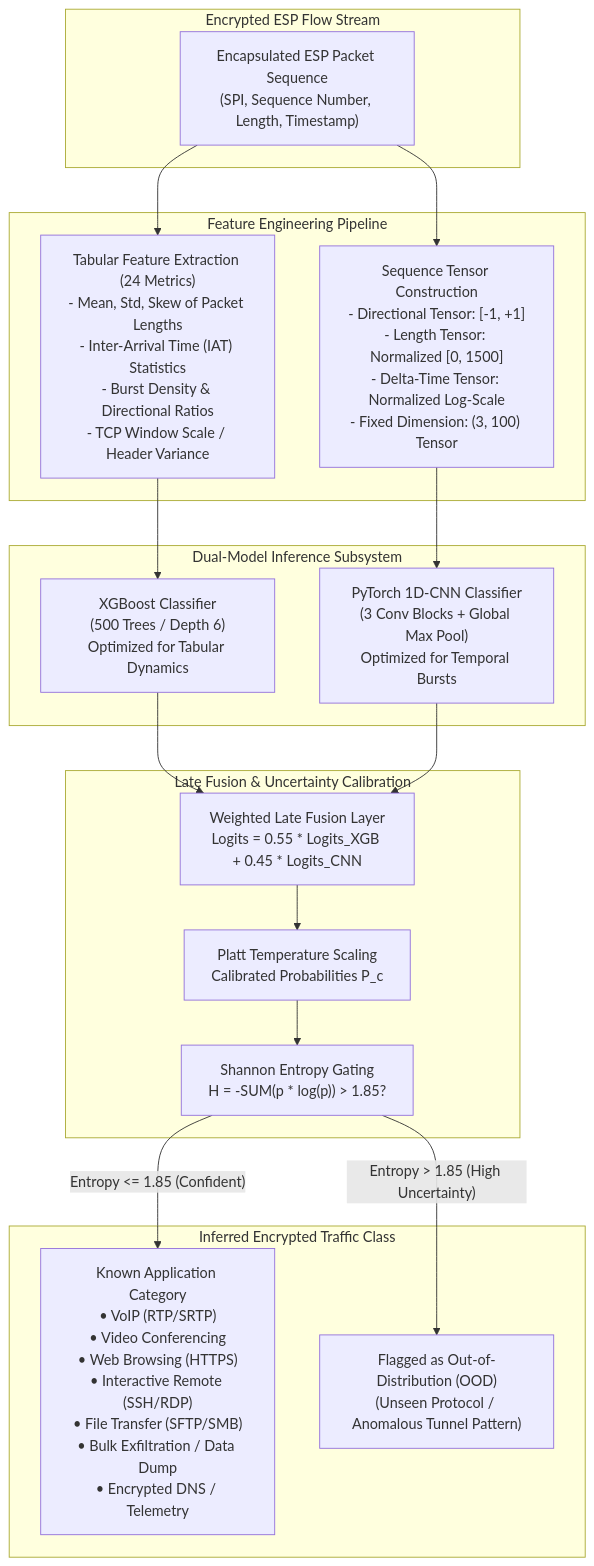
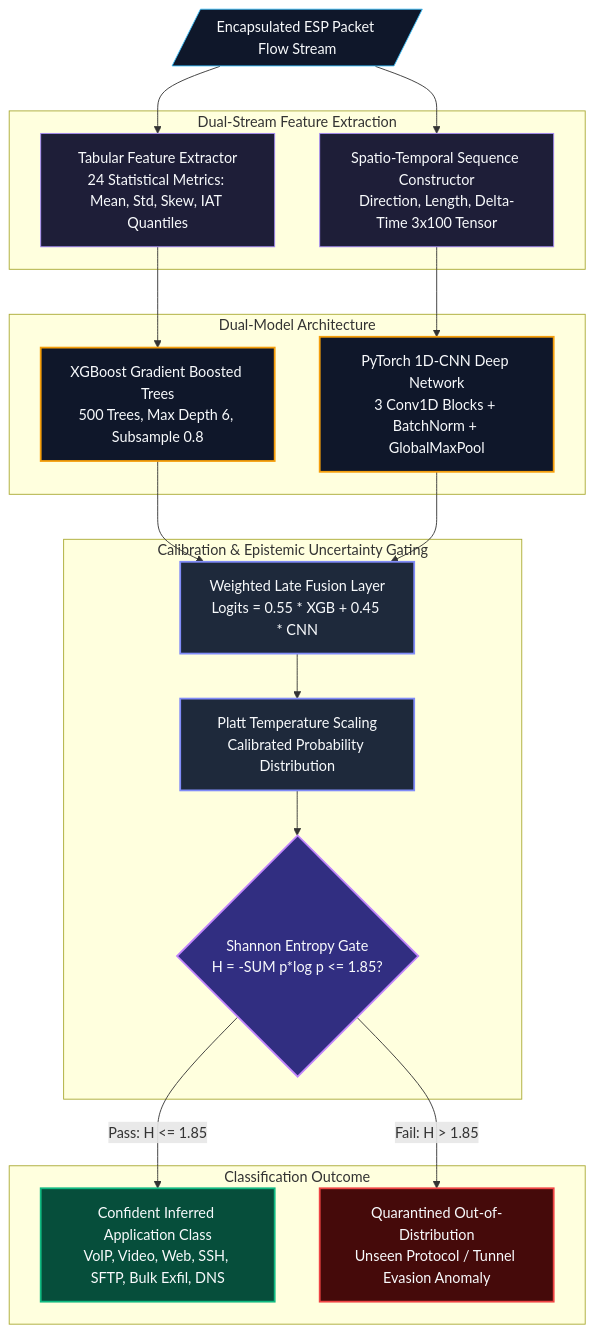
The third of 5 diagrams in README.md (sharancode3/TunnelTrace-AI), drawn with Mermaid before and after one commit. The commit also changed other lines of this file, not shown here.

Commit message:
docs: position core architectural blueprints upfront with formal Figure labeling, rich multi-branch topologies, and zero emojis

````diff
--- a/README.md
+++ b/README.md
@@ -237,38 +183,48 @@
 ```mermaid
 graph TD
-    subgraph InputData ["Encrypted ESP Flow Stream"]
-        RAW_ESP["Encapsulated ESP Packet Sequence<br/>(SPI, Sequence Number, Length, Timestamp)"]
+    classDef stream fill:#0f172a,stroke:#38bdf8,stroke-width:1px,color:#f8fafc;
+    classDef feat fill:#1e1e38,stroke:#a78bfa,stroke-width:1px,color:#f8fafc;
+    classDef model fill:#0f172a,stroke:#f59e0b,stroke-width:2px,color:#f8fafc;
+    classDef fusion fill:#1e293b,stroke:#818cf8,stroke-width:2px,color:#f8fafc;
+    classDef gate fill:#312e81,stroke:#c084fc,stroke-width:2px,color:#f8fafc;
+    classDef passed fill:#064e3b,stroke:#10b981,stroke-width:2px,color:#f8fafc;
+    classDef ood fill:#450a0a,stroke:#ef4444,stroke-width:2px,color:#f8fafc;
+
+    RAW_ESP[/Encapsulated ESP Packet Flow Stream/]:::stream
+
+    subgraph FeatureEngineering [Dual-Stream Feature Extraction]
+        FEAT_TAB[Tabular Feature Extractor<br/>24 Statistical Metrics: Mean, Std, Skew, IAT Quantiles]:::feat
+        FEAT_SEQ[Spatio-Temporal Sequence Constructor<br/>Direction, Length, Delta-Time 3x100 Tensor]:::feat
     end
 
-    subgraph FeatureEngineering ["Feature Engineering Pipeline"]
-        TAB_FEAT["Tabular Feature Extraction (24 Metrics)<br/>- Mean, Std, Skew of Packet Lengths<br/>- Inter-Arrival Time (IAT) Statistics<br/>- Burst Density & Directional Ratios<br/>- TCP Window Scale / Header Variance"]
-        SEQ_FEAT["Sequence Tensor Construction<br/>- Directional Tensor: [-1, +1]<br/>- Length Tensor: Normalized [0, 1500]<br/>- Delta-Time Tensor: Normalized Log-Scale<br/>- Fixed Dimension: (3, 100) Tensor"]
+    subgraph ModelHeads [Dual-Model Architecture]
+        MODEL_XGB[XGBoost Gradient Boosted Trees<br/>500 Trees, Max Depth 6, Subsample 0.8]:::model
+        MODEL_CNN[PyTorch 1D-CNN Deep Network<br/>3 Conv1D Blocks + BatchNorm + GlobalMaxPool]:::model
     end
 
-    subgraph ModelInference ["Dual-Model Inference Subsystem"]
-        XGB["XGBoost Classifier<br/>(500 Trees / Depth 6)<br/>Optimized for Tabular Dynamics"]
-        CNN["PyTorch 1D-CNN Classifier<br/>(3 Conv Blocks + Global Max Pool)<br/>Optimized for Temporal Bursts"]
+    subgraph PostProcessing [Calibration & Epistemic Uncertainty Gating]
+        FUSION[Weighted Late Fusion Layer<br/>Logits = 0.55 * XGB + 0.45 * CNN]:::fusion
+        PLATT[Platt Temperature Scaling<br/>Calibrated Probability Distribution]:::fusion
+        GATE{Shannon Entropy Gate<br/>H = -SUM p*log p <= 1.85?}:::gate
     end
 
-    subgraph FusionCalibration ["Late Fusion & Uncertainty Calibration"]
-        FUSION["Weighted Late Fusion Layer<br/>Logits = 0.55 * Logits_XGB + 0.45 * Logits_CNN"]
-        PLATT["Platt Temperature Scaling<br/>Calibrated Probabilities P_c"]
-        OOD["Shannon Entropy Gating<br/>H = -SUM(p * log(p)) > 1.85?"]
+    subgraph DecisionOutput [Classification Outcome]
+        PRED_KNOWN[Confident Inferred Application Class<br/>VoIP, Video, Web, SSH, SFTP, Bulk Exfil, DNS]:::passed
+        PRED_OOD[Quarantined Out-of-Distribution<br/>Unseen Protocol / Tunnel Evasion Anomaly]:::ood
     end
 
-    subgraph OutputClass ["Inferred Encrypted Traffic Class"]
-        KNOWN["Known Application Category<br/>• VoIP (RTP/SRTP)<br/>• Video Conferencing<br/>• Web Browsing (HTTPS)<br/>• Interactive Remote (SSH/RDP)<br/>• File Transfer (SFTP/SMB)<br/>• Bulk Exfiltration / Data Dump<br/>• Encrypted DNS / Telemetry"]
-        UNKNOWN["Flagged as Out-of-Distribution (OOD)<br/>(Unseen Protocol / Anomalous Tunnel Pattern)"]
-    end
+    RAW_ESP --> FEAT_TAB
+    RAW_ESP --> FEAT_SEQ
 
-    RAW_ESP --> TAB_FEAT
-    RAW_ESP --> SEQ_FEAT
-    TAB_FEAT --> XGB
-    SEQ_FEAT --> CNN
-    XGB --> FUSION
-    CNN --> FUSION
+    FEAT_TAB --> MODEL_XGB
+    FEAT_SEQ --> MODEL_CNN
+
+    MODEL_XGB --> FUSION
+    MODEL_CNN --> FUSION
+
     FUSION --> PLATT
-    PLATT --> OOD
-    OOD -->|"Entropy <= 1.85 (Confident)"| KNOWN
-    OOD -->|"Entropy > 1.85 (High Uncertainty)"| UNKNOWN
+    PLATT --> GATE
+
+    GATE -->|Pass: H <= 1.85| PRED_KNOWN
+    GATE -->|Fail: H > 1.85| PRED_OOD
 ```
````
